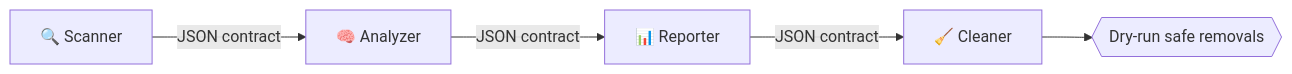
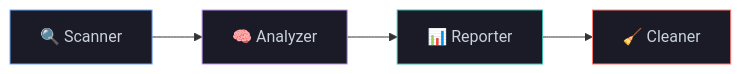
One commit to Ashwinmv123/Ashwinmv123 changed the first of 2 diagrams in README.md. Above: the diagram before and after it, drawn with Mermaid. The commit also changed other lines of this file, not shown here.

````diff
--- a/README.md
+++ b/README.md
@@ -122,7 +109,8 @@
 ```mermaid
 flowchart LR
-    A[🔍 Scanner] -->|JSON contract| B[🧠 Analyzer]
-    B -->|JSON contract| C[📊 Reporter]
-    C -->|JSON contract| D[🧹 Cleaner]
-    D --> E{{Dry-run safe removals}}
+    A[🔍 Scanner] --> B[🧠 Analyzer] --> C[📊 Reporter] --> D[🧹 Cleaner]
+    style A fill:#1a1b27,stroke:#70a5fd,color:#c9d1d9
+    style B fill:#1a1b27,stroke:#bf91f3,color:#c9d1d9
+    style C fill:#1a1b27,stroke:#38bdae,color:#c9d1d9
+    style D fill:#1a1b27,stroke:#ff7b72,color:#c9d1d9
 ```
````
